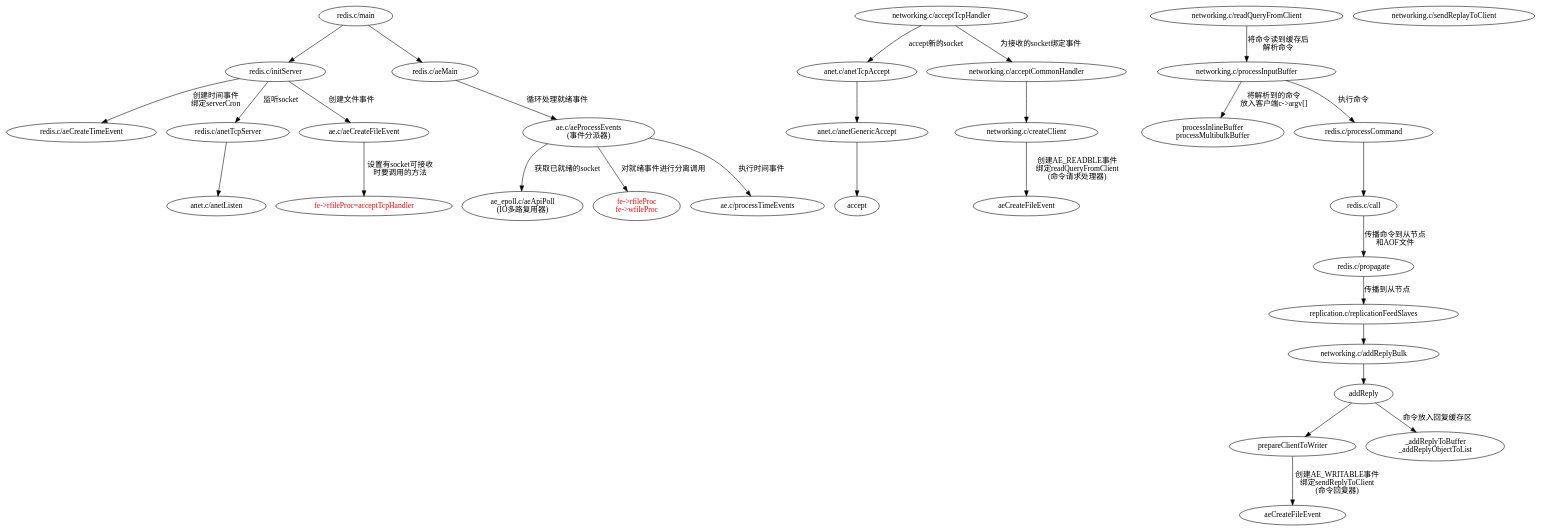
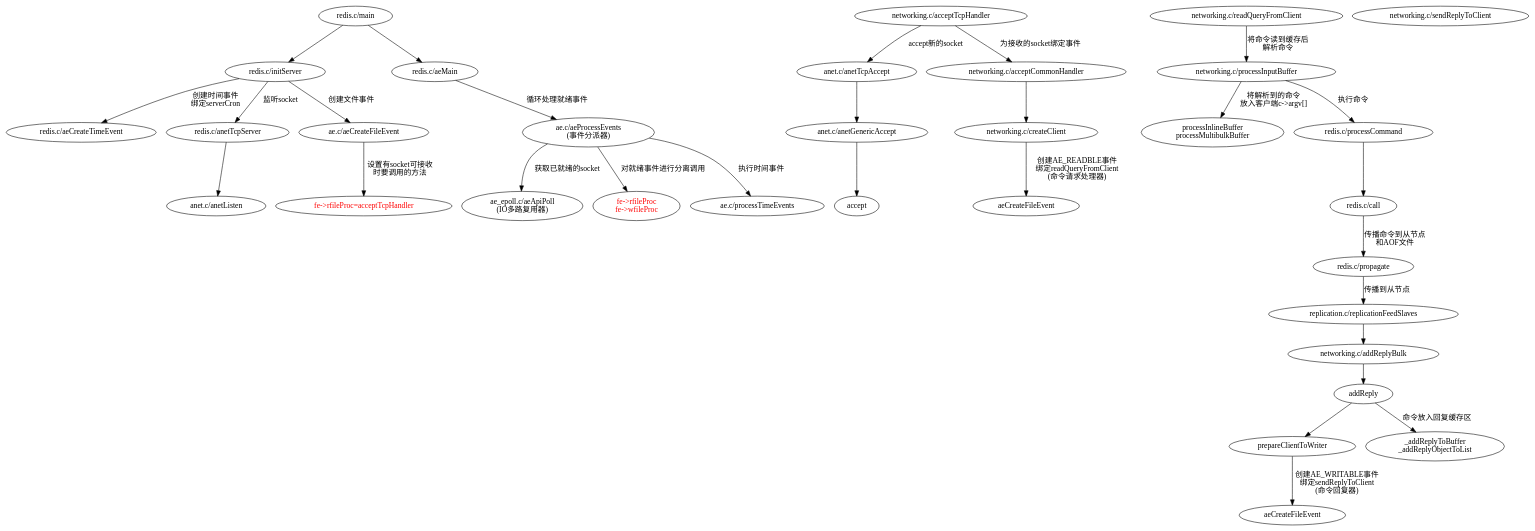
One commit to deyimsf/journal changed the diagram in REDIS/redis_graph.dot. Above: the diagram before and after it, drawn with Graphviz. The commit also changed 1 other file, not shown here.

```diff
--- a/REDIS/redis_graph.dot
+++ b/REDIS/redis_graph.dot
@@ -1,80 +1,80 @@
 digraph redis{
 
 	redis[label="redis.c/main"];
 	//初始化服务器
     initServer[label="redis.c/initServer"];
 	aeCreateTimeEvent[label="redis.c/aeCreateTimeEvent"];
 	anetTcpServer[label="redis.c/anetTcpServer"];
 	anetListen[label="anet.c/anetListen"]; 
     initAcceptHandler[label="fe-\>rfileProc=acceptTcpHandler",fontcolor="red"];
 	
     //关联时间事件
  	redis->initServer;  
 	initServer->aeCreateTimeEvent[label="创建时间事件\n绑定serverCron"]; 
 
 	 //监听socket
 	initServer->anetTcpServer[label="监听socket"];
 	anetTcpServer->anetListen; 
 	aeCreateFileEvent[label="ae.c/aeCreateFileEvent"];	
 	initServer->aeCreateFileEvent[label="创建文件事件"];		
 	aeCreateFileEvent->initAcceptHandler[label="设置有socket可接收\n时要调用的方法"];
 	
 	//循环处理事件
 	aeMain[label="redis.c/aeMain"];
 	aeProcessEvents[label="ae.c/aeProcessEvents\n(事件分派器)"];
 	redis->aeMain;
 	aeMain->aeProcessEvents[label="循环处理就绪事件"];
 
 	aeApiPoll[label="ae_epoll.c/aeApiPoll\n(IO多路复用器)"];
 	fileProc[label="fe-\>rfileProc\nfe-\>wfileProc",fontcolor="red"];	
 	processTimeEvents[label="ae.c/processTimeEvents"];
     aeProcessEvents->aeApiPoll[label="获取已就绪的socket"];
     aeProcessEvents->fileProc[label="对就绪事件进行分离调用"]; 	
 	aeProcessEvents->processTimeEvents[label="执行时间事件"];	
 
 	//接收客户端
 	acceptTcpHandler[label="networking.c/acceptTcpHandler"];
 	anetTcpAccept[label="anet.c/anetTcpAccept"];
 	anetGenericAccept[label="anet.c/anetGenericAccept"];	
  	acceptTcpHandler->anetTcpAccept[label="accept新的socket"];
 	anetTcpAccept->anetGenericAccept->accept;
 	
 	//接收完客户端后，为该socket绑定事件
 	acceptCommonHandler[label="networking.c/acceptCommonHandler"];
 	createClient[label="networking.c/createClient"];
 	aeCreateFileEvent_1[label="aeCreateFileEvent"];
 	acceptTcpHandler->acceptCommonHandler[label="为接收的socket绑定事件"];
 	acceptCommonHandler->createClient;
 	createClient->aeCreateFileEvent_1[label="创建AE_READBLE事件\n绑定readQueryFromClient\n(命令请求处理器)"];
 
 	//命令请求处理器
 	readQueryFromClient[label="networking.c/readQueryFromClient"]
 	processInputBuffer[label="networking.c/processInputBuffer"];
 	readQueryFromClient->processInputBuffer[label="将命令读到缓存后\n解析命令"];
 	processInputBuffer->"processInlineBuffer\nprocessMultibulkBuffer"[label="将解析到的命令\n放入客户端c-\>argv\[\]"];
 	
 	//执行命令
 	processCommand[label="redis.c/processCommand"];
 	call[label="redis.c/call"];
 	propagate[label="redis.c/propagate"];
 	replicationFeedSlaves[label="replication.c/replicationFeedSlaves"];
 	addReplyBulk[label="networking.c/addReplyBulk"];
 	prepareClientToWriter[label="prepareClientToWriter"];
 	aeCreateFileEvent_2[label="aeCreateFileEvent"];
 
 	processInputBuffer->processCommand[label="执行命令"];
 	processCommand->call[];
 	call->propagate[label="传播命令到从节点\n和AOF文件"];		
 	propagate->replicationFeedSlaves[label="传播到从节点"];
 	replicationFeedSlaves->addReplyBulk;
 	//addReplyBulk->addReplyLen;
 	addReplyBulk->addReply;
 	addReply->prepareClientToWriter;
     addReply->"_addReplyToBuffer\n_addReplyObjectToList"[label="命令放入回复缓存区"];
 	prepareClientToWriter->aeCreateFileEvent_2[label="创建AE_WRITABLE事件\n绑定sendReplyToClient\n(命令回复器)"];
 
     
  	//命令回复器
-	sendReplyToClient[label="networking.c/sendReplayToClient"];
+	sendReplyToClient[label="networking.c/sendReplyToClient"];
 
 }
```
